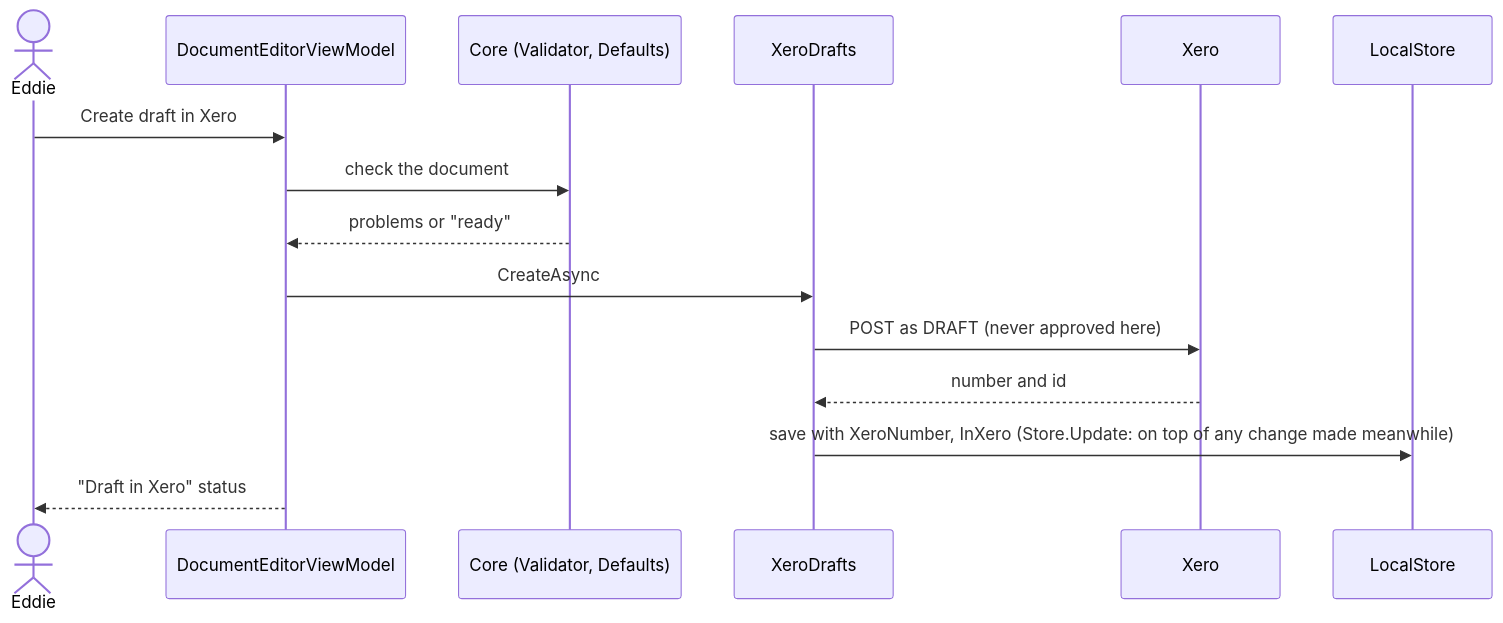
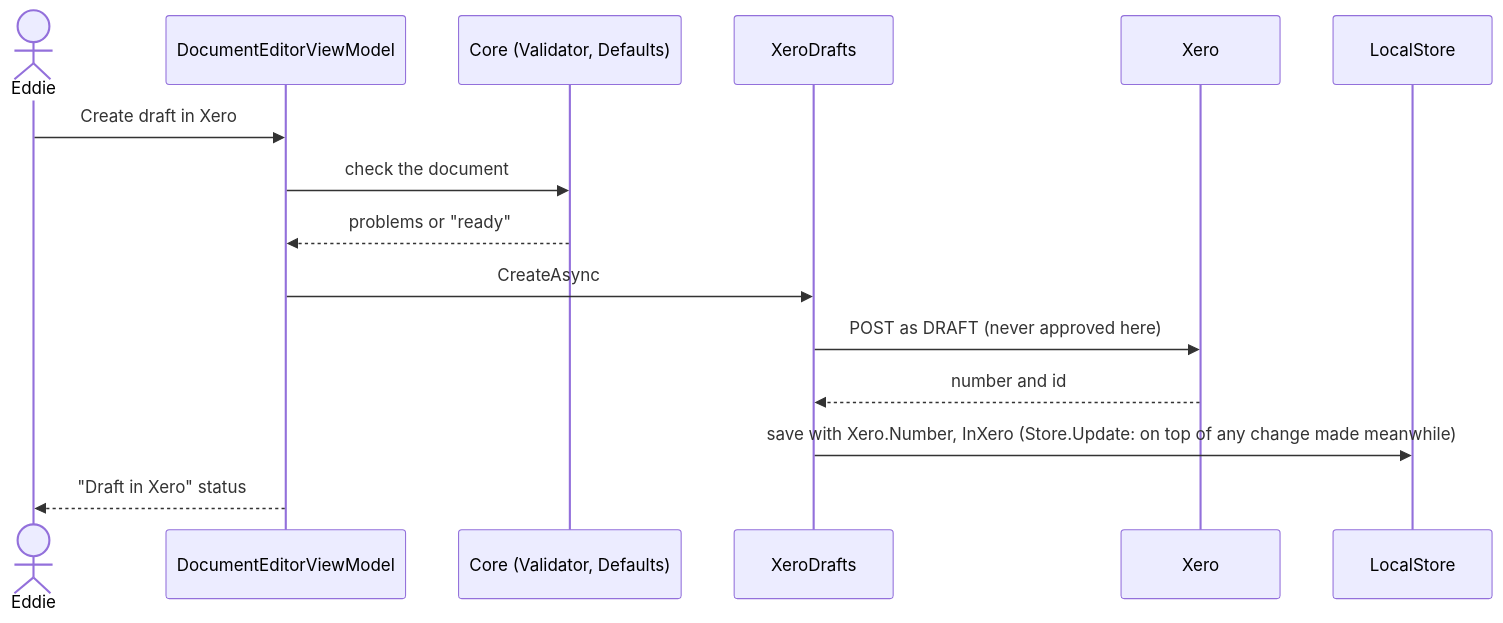
Before and after one commit to EdWebIgnite/Webignite-Desktop: the sixth of 9 diagrams in docs/architecture.md, drawn with Mermaid. The commit also changed other lines of this file and 51 other files, not shown here.

````diff
--- a/docs/architecture.md
+++ b/docs/architecture.md
@@ -208,18 +208,18 @@
 ```mermaid
 sequenceDiagram
     actor Eddie
     participant Editor as DocumentEditorViewModel
     participant Core as Core (Validator, Defaults)
     participant Drafts as XeroDrafts
     participant Xero
     participant Store as LocalStore
 
     Eddie->>Editor: Create draft in Xero
     Editor->>Core: check the document
     Core-->>Editor: problems or "ready"
     Editor->>Drafts: CreateAsync
     Drafts->>Xero: POST as DRAFT (never approved here)
     Xero-->>Drafts: number and id
-    Drafts->>Store: save with XeroNumber, InXero (Store.Update: on top of any change made meanwhile)
+    Drafts->>Store: save with Xero.Number, InXero (Store.Update: on top of any change made meanwhile)
     Editor-->>Eddie: "Draft in Xero" status
 ```
````
